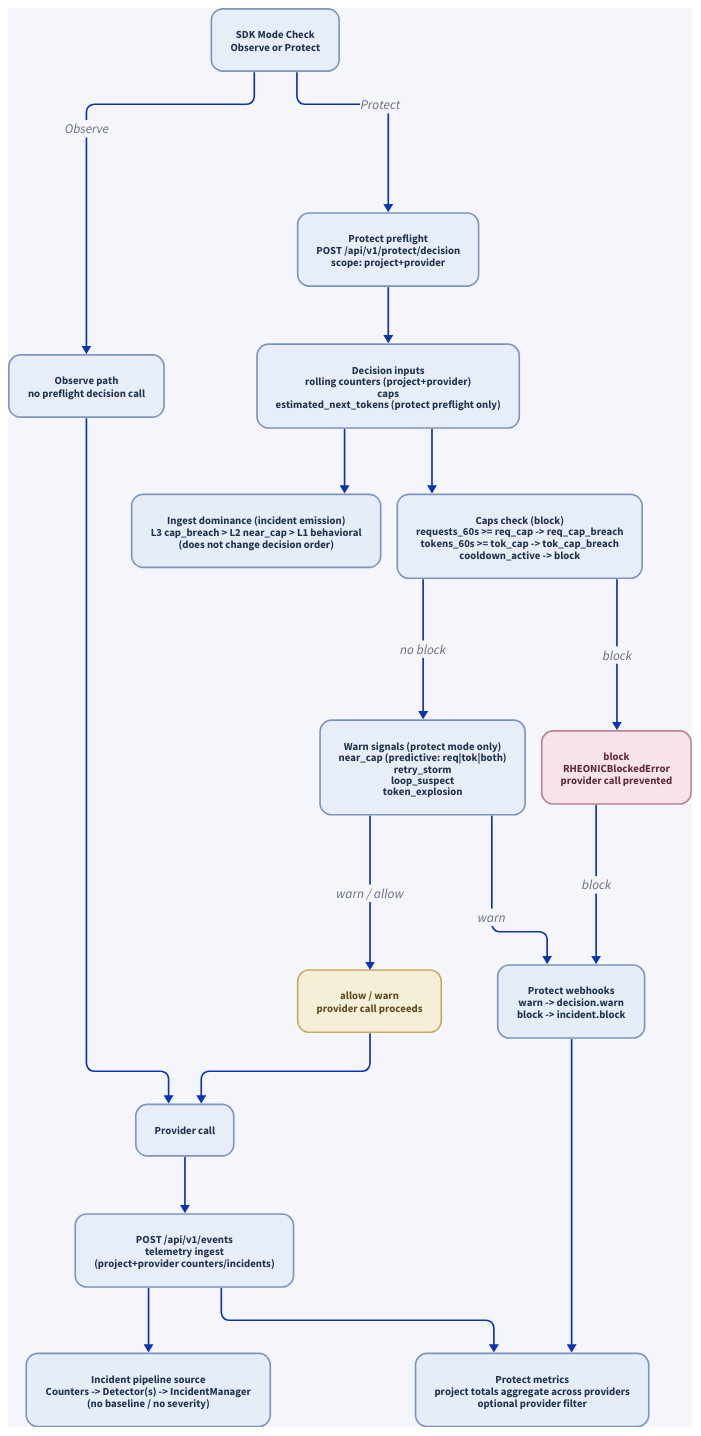
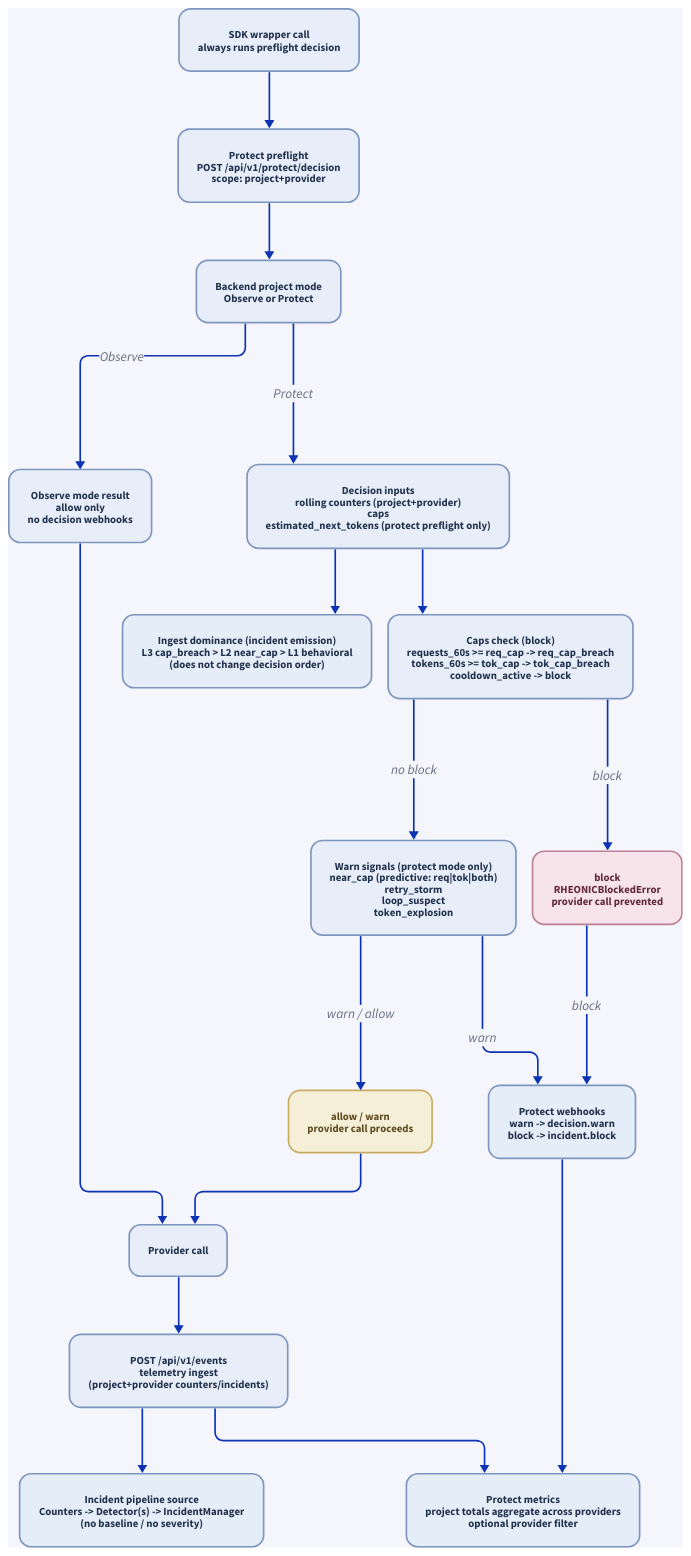
One commit to MichaelTelvin/Rheonic changed the diagram in frontend/public/docs/architecture/protect_decision_flow.d2. Above: the diagram before and after it, drawn with D2. The commit also changed 32 other files, not shown here.

Commit message:
refactor SDK to use preflight in all modes

```diff
--- a/frontend/public/docs/architecture/protect_decision_flow.d2
+++ b/frontend/public/docs/architecture/protect_decision_flow.d2
@@ -1,170 +1,180 @@
 direction: down
 
 vars: {
   d2-config: {
     pad: 20
     sketch: false
     layout-engine: elk
   }
 }
 
 style: {
   fill: "#f4f6fb"
 }
 
-sdk_mode: "SDK Mode Check\nObserve or Protect" {
+sdk_call: "SDK wrapper call\nalways runs preflight decision" {
   style: {
     fill: "#e8eef9"
     stroke: "#7e95be"
     font-color: "#21324d"
     border-radius: 14
     font-size: 13
   }
 }
 
-observe: "Observe path\nno preflight decision call" {
+mode_gate: "Backend project mode\nObserve or Protect" {
   style: {
     fill: "#e8eef9"
     stroke: "#7e95be"
     font-color: "#21324d"
     border-radius: 14
     font-size: 13
   }
 }
 
 preflight: "Protect preflight\nPOST /api/v1/protect/decision\nscope: project+provider" {
   style: {
     fill: "#e8eef9"
     stroke: "#7e95be"
     font-color: "#21324d"
     border-radius: 14
     font-size: 13
   }
 }
 
 inputs: "Decision inputs\nrolling counters (project+provider)\ncaps\nestimated_next_tokens (protect preflight only)" {
   style: {
     fill: "#e8eef9"
     stroke: "#7e95be"
     font-color: "#21324d"
     border-radius: 14
     font-size: 13
   }
 }
 
 caps: "Caps check (block)\nrequests_60s >= req_cap -> req_cap_breach\ntokens_60s >= tok_cap -> tok_cap_breach\ncooldown_active -> block" {
   style: {
     fill: "#e8eef9"
     stroke: "#7e95be"
     font-color: "#21324d"
     border-radius: 14
     font-size: 13
   }
 }
 
 warn_signals: "Warn signals (protect mode only)\nnear_cap (predictive: req|tok|both)\nretry_storm\nloop_suspect\ntoken_explosion" {
   style: {
     fill: "#e8eef9"
     stroke: "#7e95be"
     font-color: "#21324d"
     border-radius: 14
     font-size: 13
   }
 }
 
 ingest_note: "Ingest dominance (incident emission)\nL3 cap_breach > L2 near_cap > L1 behavioral\n(does not change decision order)" {
   style: {
     fill: "#e4edf8"
     stroke: "#7e95be"
     font-color: "#21324d"
     border-radius: 14
     font-size: 13
   }
 }
 
 allow_warn: "allow / warn\nprovider call proceeds" {
   style: {
     fill: "#f6efd8"
     stroke: "#c6ac63"
     font-color: "#5e4a1f"
     border-radius: 14
     font-size: 13
   }
 }
 
 block: "block\nRHEONICBlockedError\nprovider call prevented" {
   style: {
     fill: "#f7e4ea"
     stroke: "#bf8095"
     font-color: "#61283d"
     border-radius: 14
     font-size: 13
   }
 }
 
 decision_webhooks: "Protect webhooks\nwarn -> decision.warn\nblock -> incident.block" {
   style: {
     fill: "#e4edf8"
     stroke: "#7e95be"
     font-color: "#21324d"
     border-radius: 14
     font-size: 13
   }
 }
 
 provider: "Provider call" {
   style: {
     fill: "#e8eef9"
     stroke: "#7e95be"
     font-color: "#21324d"
     border-radius: 14
     font-size: 13
   }
 }
 
 ingest: "POST /api/v1/events\ntelemetry ingest\n(project+provider counters/incidents)" {
   style: {
     fill: "#e8eef9"
     stroke: "#7e95be"
     font-color: "#21324d"
     border-radius: 14
     font-size: 13
   }
 }
 
 incident_pipeline: "Incident pipeline source\nCounters -> Detector(s) -> IncidentManager\n(no baseline / no severity)" {
   style: {
     fill: "#e4edf8"
     stroke: "#7e95be"
     font-color: "#21324d"
     border-radius: 14
     font-size: 13
   }
 }
 
 metrics: "Protect metrics\nproject totals aggregate across providers\noptional provider filter" {
   style: {
     fill: "#e4edf8"
     stroke: "#7e95be"
     font-color: "#21324d"
     border-radius: 14
     font-size: 13
   }
 }
 
-sdk_mode -> observe: "Observe"
-sdk_mode -> preflight: "Protect"
+sdk_call -> preflight
+preflight -> mode_gate
+mode_gate -> observe: "Observe"
+mode_gate -> inputs: "Protect"
 observe -> provider
-preflight -> inputs
 inputs -> caps
 inputs -> ingest_note
 caps -> block: "block"
 caps -> warn_signals: "no block"
 warn_signals -> allow_warn: "warn / allow"
 warn_signals -> decision_webhooks: "warn"
 block -> decision_webhooks: "block"
 allow_warn -> provider
 provider -> ingest
 decision_webhooks -> metrics
 ingest -> incident_pipeline
 ingest -> metrics
+observe: "Observe mode result\nallow only\nno decision webhooks" {
+  style: {
+    fill: "#e8eef9"
+    stroke: "#7e95be"
+    font-color: "#21324d"
+    border-radius: 14
+    font-size: 13
+  }
+}
```
